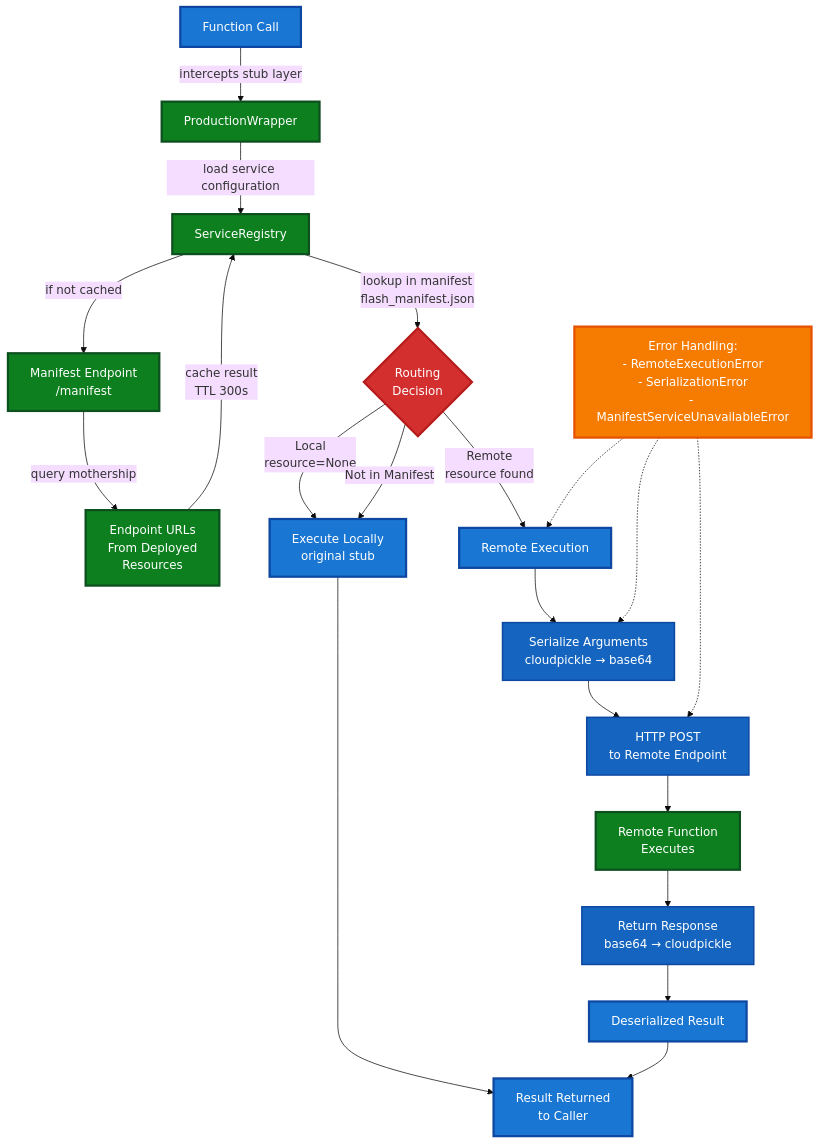
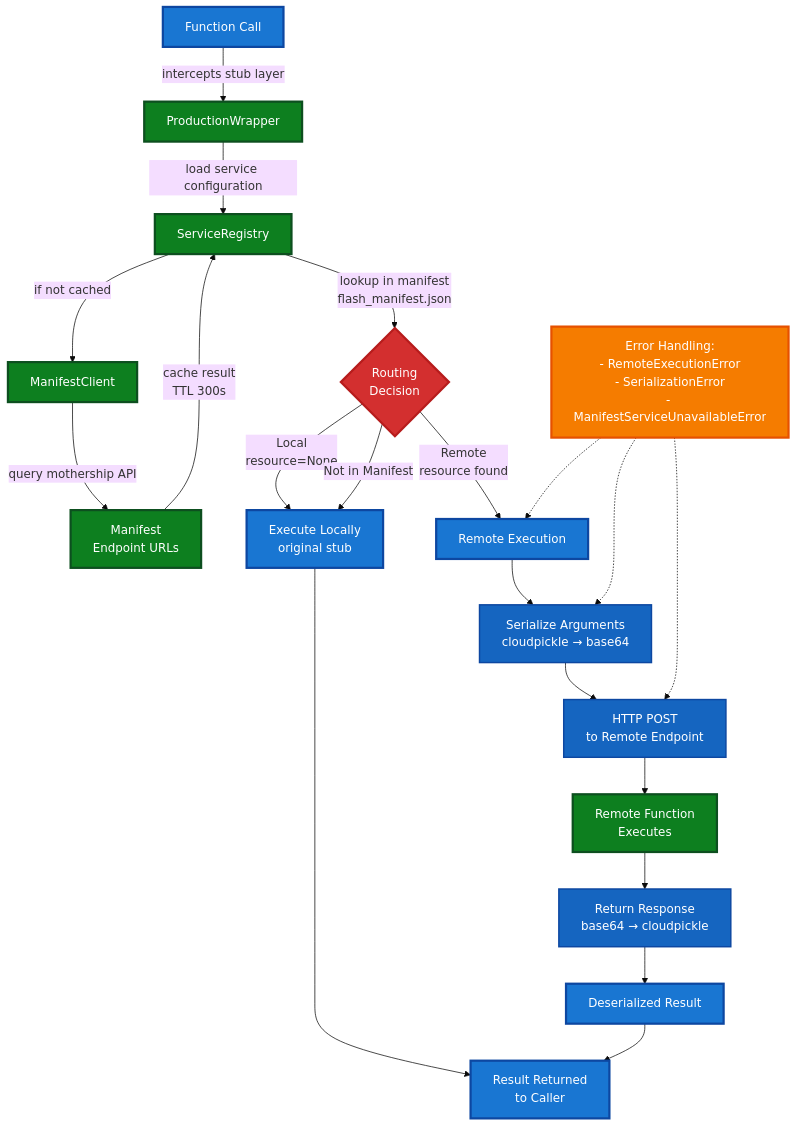
One commit to runpod/tetra-rp changed the first of 4 diagrams in docs/Cross_Endpoint_Routing.md. Above: the diagram before and after it, drawn with Mermaid (base theme). The commit also changed other lines of this file and 16 other files, not shown here.

First line of the commit message:
feat: mothership manifest sync and caching (#140)

````diff
--- a/docs/Cross_Endpoint_Routing.md
+++ b/docs/Cross_Endpoint_Routing.md
@@ -340,44 +344,44 @@
 ```mermaid
 graph TD
     A["Function Call"] -->|"intercepts stub layer"| B["ProductionWrapper"]
 
     B -->|"load service configuration"| C["ServiceRegistry"]
-    C -->|"if not cached"| D["Manifest Endpoint<br/>/manifest"]
-    D -->|"query mothership"| E["Endpoint URLs<br/>From Deployed<br/>Resources"]
+    C -->|"if not cached"| D["ManifestClient"]
+    D -->|"query mothership API"| E["Manifest<br/>Endpoint URLs"]
     E -->|"cache result<br/>TTL 300s"| C
 
     C -->|"lookup in manifest<br/>flash_manifest.json"| F{"Routing<br/>Decision"}
 
     F -->|"Local<br/>resource=None"| G["Execute Locally<br/>original stub"]
     F -->|"Not in Manifest"| G
     F -->|"Remote<br/>resource found"| H["Remote Execution"]
 
     H --> I["Serialize Arguments<br/>cloudpickle → base64"]
     I --> J["HTTP POST<br/>to Remote Endpoint"]
     J --> K["Remote Function<br/>Executes"]
     K --> L["Return Response<br/>base64 → cloudpickle"]
     L --> M["Deserialized Result"]
 
     N["Error Handling:<br/>- RemoteExecutionError<br/>- SerializationError<br/>- ManifestServiceUnavailableError"] -.-> H
     N -.-> I
     N -.-> J
 
     G --> O["Result Returned<br/>to Caller"]
     M --> O
 
     style A fill:#1976d2,stroke:#0d47a1,stroke-width:3px,color:#fff
     style B fill:#0d7f1f,stroke:#0d4f1f,stroke-width:3px,color:#fff
     style C fill:#0d7f1f,stroke:#0d4f1f,stroke-width:3px,color:#fff
     style D fill:#0d7f1f,stroke:#0d4f1f,stroke-width:3px,color:#fff
     style F fill:#d32f2f,stroke:#b71c1c,stroke-width:3px,color:#fff
     style G fill:#1976d2,stroke:#0d47a1,stroke-width:3px,color:#fff
     style H fill:#1976d2,stroke:#0d47a1,stroke-width:3px,color:#fff
     style I fill:#1565c0,stroke:#0d47a1,stroke-width:2px,color:#fff
     style J fill:#1565c0,stroke:#0d47a1,stroke-width:2px,color:#fff
     style K fill:#0d7f1f,stroke:#0d4f1f,stroke-width:3px,color:#fff
     style L fill:#1565c0,stroke:#0d47a1,stroke-width:2px,color:#fff
     style M fill:#1976d2,stroke:#0d47a1,stroke-width:3px,color:#fff
     style N fill:#f57c00,stroke:#e65100,stroke-width:3px,color:#fff
     style O fill:#1976d2,stroke:#0d47a1,stroke-width:3px,color:#fff
     style E fill:#0d7f1f,stroke:#0d4f1f,stroke-width:3px,color:#fff
 ```
````
